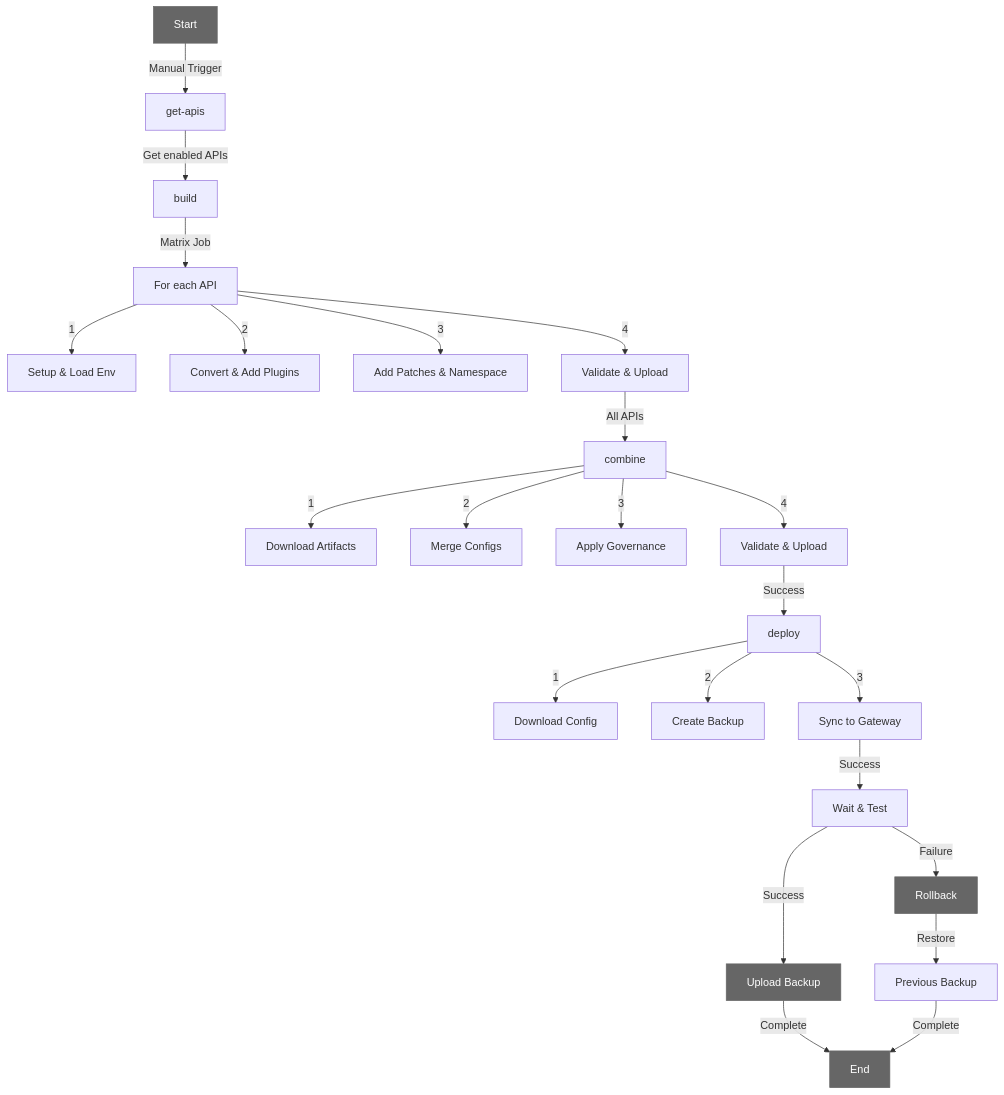
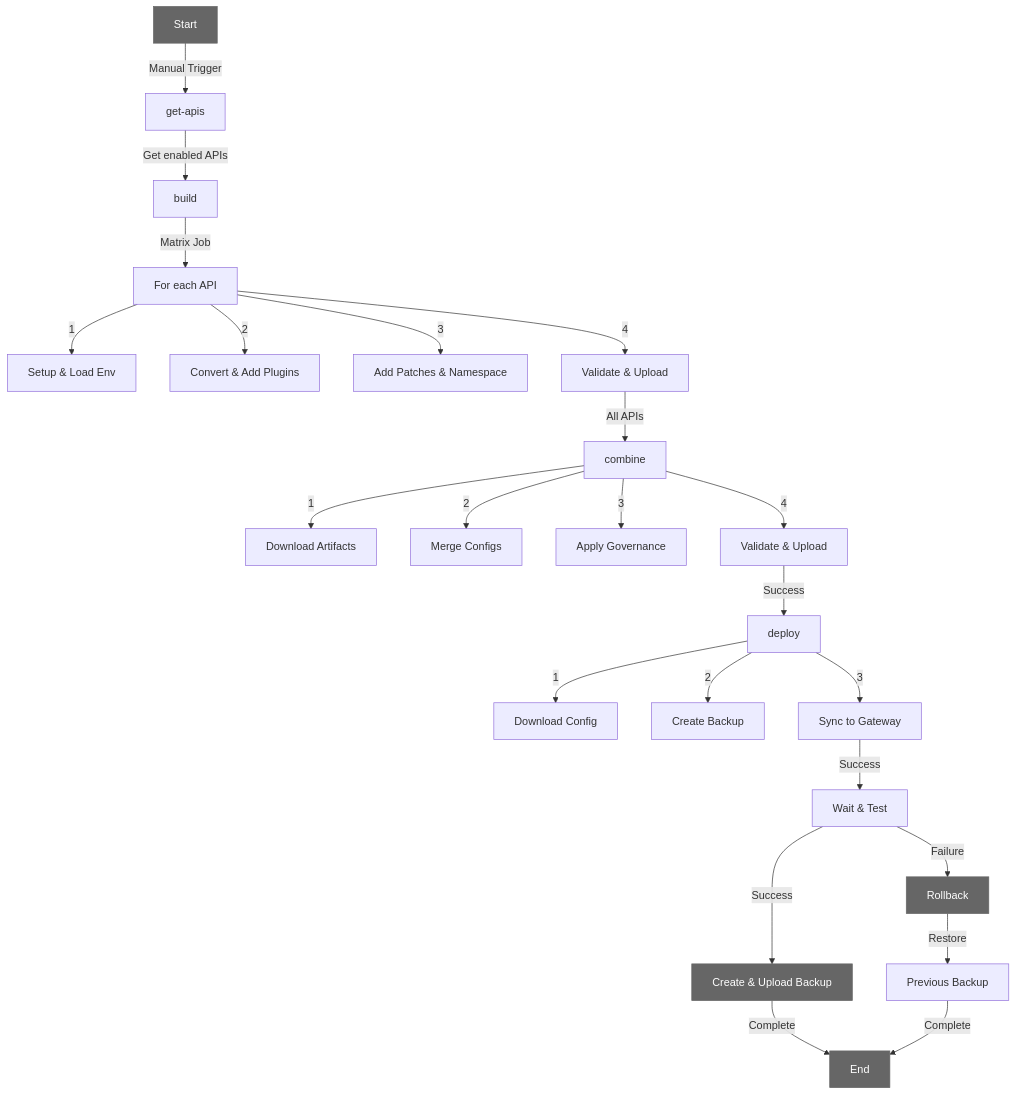
The diagram in README.md (pantsel/mt-apiops-example), drawn with Mermaid before and after one commit.

````diff
--- a/README.md
+++ b/README.md
@@ -115,30 +115,30 @@
 ```mermaid
 graph TD
     A[Start] -->|Manual Trigger| B[get-apis]
     B -->|Get enabled APIs| C[build]
     C -->|Matrix Job| D[For each API]
     D -->|1| E[Setup & Load Env]
     D -->|2| F[Convert & Add Plugins]
     D -->|3| G[Add Patches & Namespace]
     D -->|4| H[Validate & Upload]
     H -->|All APIs| I[combine]
     I -->|1| J[Download Artifacts]
     I -->|2| K[Merge Configs]
     I -->|3| L[Apply Governance]
     I -->|4| M[Validate & Upload]
     M -->|Success| N[deploy]
     N -->|1| O[Download Config]
     N -->|2| P[Create Backup]
     N -->|3| Q[Sync to Gateway]
     Q -->|Success| R[Wait & Test]
-    R -->|Success| S[Upload Backup]
+    R -->|Success| S[Create & Upload Backup]
     R -->|Failure| T[Rollback]
     T -->|Restore| U[Previous Backup]
     S -->|Complete| V[End]
     U -->|Complete| V[End]
 
     style A fill:#666,stroke:#666,stroke-width:1px,color:#fff
     style V fill:#666,stroke:#666,stroke-width:1px,color:#fff
     style T fill:#666,stroke:#666,stroke-width:1px,color:#fff
     style S fill:#666,stroke:#666,stroke-width:1px,color:#fff
 ```
````
